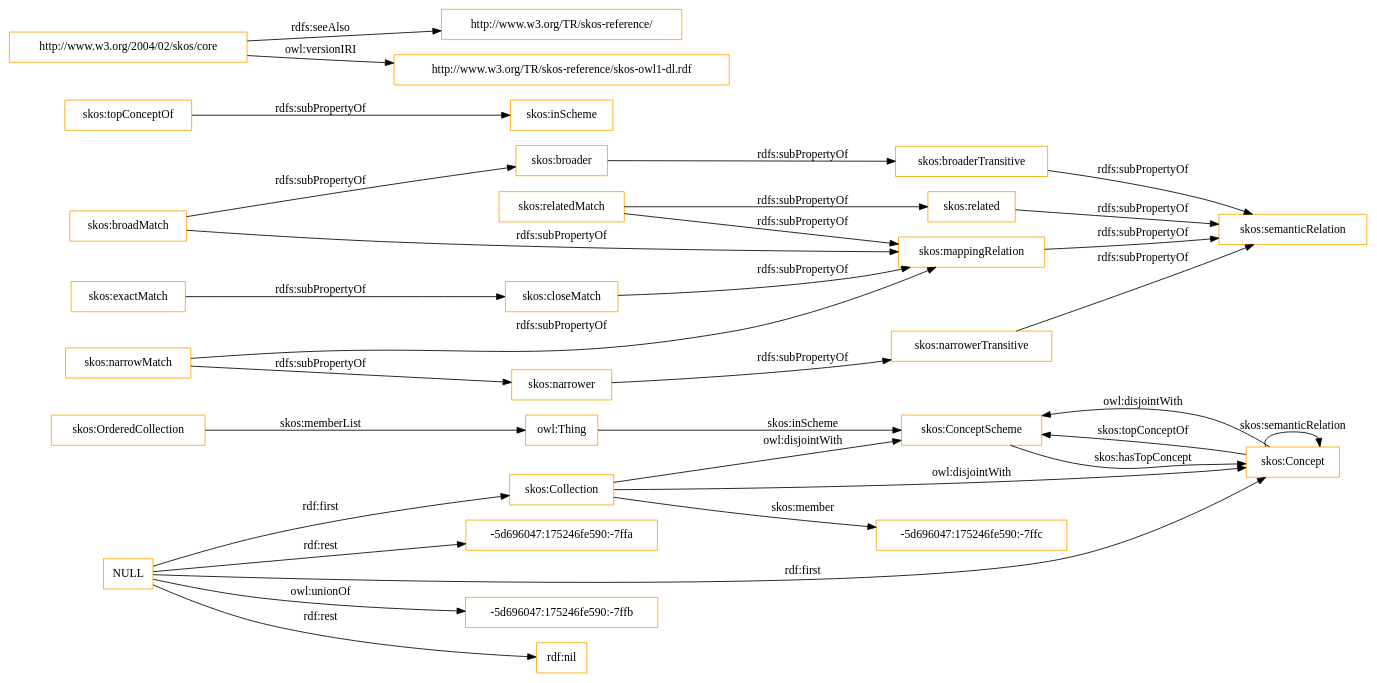
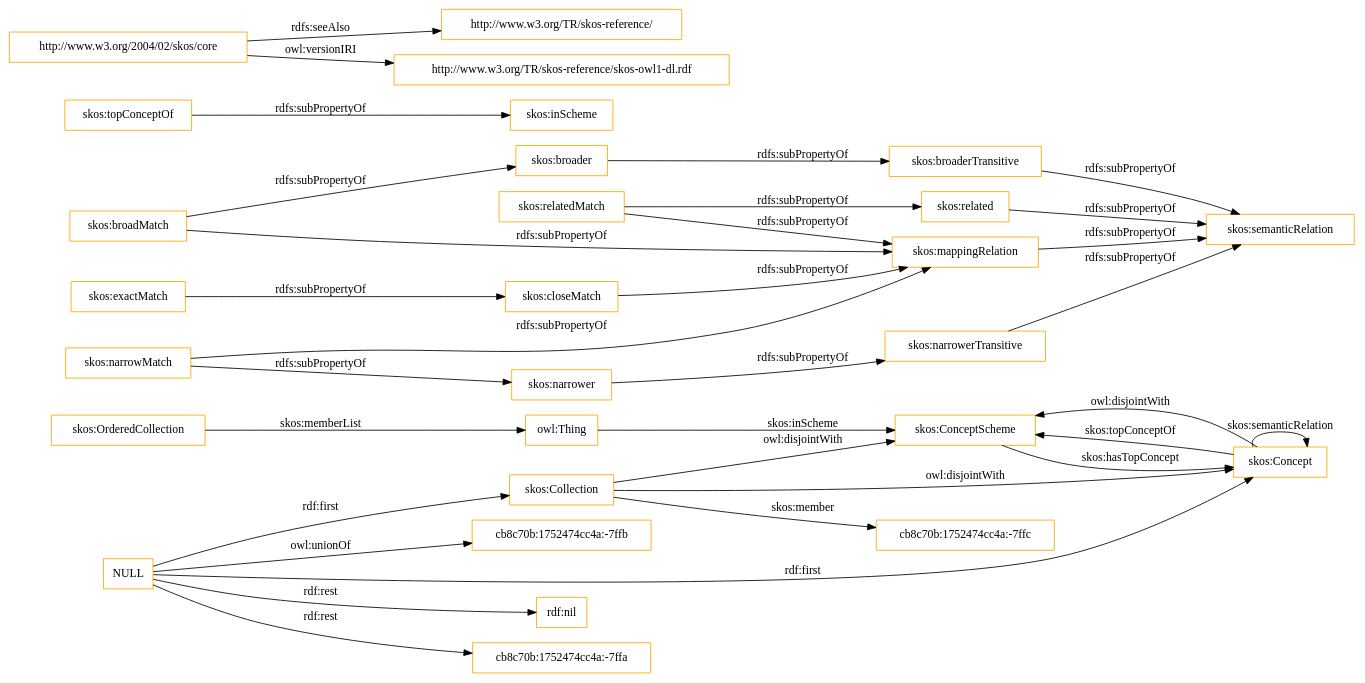
The diagram in OnToology/imports/skos.owl/diagrams/ar2dtool-class/skos.owl.png.dot (OnToologyUser/core-ontology-1), drawn with Graphviz before and after one commit. The commit also changed 14 other files, not shown here.

```diff
--- a/OnToology/imports/skos.owl/diagrams/ar2dtool-class/skos.owl.png.dot
+++ b/OnToology/imports/skos.owl/diagrams/ar2dtool-class/skos.owl.png.dot
@@ -1,37 +1,37 @@
 digraph ar2dtool_diagram { 
 rankdir=LR;
 size="1501"
-node [shape = rectangle, color="orange"]; "skos:OrderedCollection" "skos:ConceptScheme" "skos:Concept" "skos:Collection" "-5d696047:175246fe590:-7ffc" ; /*classes style*/
+node [shape = rectangle, color="orange"]; "skos:OrderedCollection" "skos:ConceptScheme" "skos:Concept" "skos:Collection" "cb8c70b:1752474cc4a:-7ffc" ; /*classes style*/
 	"skos:narrowerTransitive" -> "skos:semanticRelation" [ label = "rdfs:subPropertyOf" ];
-	"NULL" -> "-5d696047:175246fe590:-7ffb" [ label = "owl:unionOf" ];
 	"NULL" -> "rdf:nil" [ label = "rdf:rest" ];
 	"NULL" -> "skos:Concept" [ label = "rdf:first" ];
-	"NULL" -> "-5d696047:175246fe590:-7ffa" [ label = "rdf:rest" ];
+	"NULL" -> "cb8c70b:1752474cc4a:-7ffa" [ label = "rdf:rest" ];
 	"NULL" -> "skos:Collection" [ label = "rdf:first" ];
+	"NULL" -> "cb8c70b:1752474cc4a:-7ffb" [ label = "owl:unionOf" ];
 	"skos:closeMatch" -> "skos:mappingRelation" [ label = "rdfs:subPropertyOf" ];
 	"skos:Concept" -> "skos:ConceptScheme" [ label = "owl:disjointWith" ];
 	"skos:relatedMatch" -> "skos:related" [ label = "rdfs:subPropertyOf" ];
 	"skos:relatedMatch" -> "skos:mappingRelation" [ label = "rdfs:subPropertyOf" ];
 	"skos:related" -> "skos:semanticRelation" [ label = "rdfs:subPropertyOf" ];
 	"skos:topConceptOf" -> "skos:inScheme" [ label = "rdfs:subPropertyOf" ];
 	"skos:broadMatch" -> "skos:mappingRelation" [ label = "rdfs:subPropertyOf" ];
 	"skos:broadMatch" -> "skos:broader" [ label = "rdfs:subPropertyOf" ];
 	"skos:exactMatch" -> "skos:closeMatch" [ label = "rdfs:subPropertyOf" ];
 	"skos:broaderTransitive" -> "skos:semanticRelation" [ label = "rdfs:subPropertyOf" ];
 	"skos:broader" -> "skos:broaderTransitive" [ label = "rdfs:subPropertyOf" ];
 	"skos:mappingRelation" -> "skos:semanticRelation" [ label = "rdfs:subPropertyOf" ];
 	"http://www.w3.org/2004/02/skos/core" -> "http://www.w3.org/TR/skos-reference/" [ label = "rdfs:seeAlso" ];
 	"http://www.w3.org/2004/02/skos/core" -> "http://www.w3.org/TR/skos-reference/skos-owl1-dl.rdf" [ label = "owl:versionIRI" ];
 	"skos:Collection" -> "skos:ConceptScheme" [ label = "owl:disjointWith" ];
 	"skos:Collection" -> "skos:Concept" [ label = "owl:disjointWith" ];
 	"skos:narrower" -> "skos:narrowerTransitive" [ label = "rdfs:subPropertyOf" ];
 	"skos:narrowMatch" -> "skos:narrower" [ label = "rdfs:subPropertyOf" ];
 	"skos:narrowMatch" -> "skos:mappingRelation" [ label = "rdfs:subPropertyOf" ];
 	"skos:OrderedCollection" -> "owl:Thing" [ label = "skos:memberList" ];
 	"skos:Concept" -> "skos:ConceptScheme" [ label = "skos:topConceptOf" ];
 	"skos:Concept" -> "skos:Concept" [ label = "skos:semanticRelation" ];
-	"skos:Collection" -> "-5d696047:175246fe590:-7ffc" [ label = "skos:member" ];
+	"skos:Collection" -> "cb8c70b:1752474cc4a:-7ffc" [ label = "skos:member" ];
 	"skos:ConceptScheme" -> "skos:Concept" [ label = "skos:hasTopConcept" ];
 	"owl:Thing" -> "skos:ConceptScheme" [ label = "skos:inScheme" ];
 
 }
```
